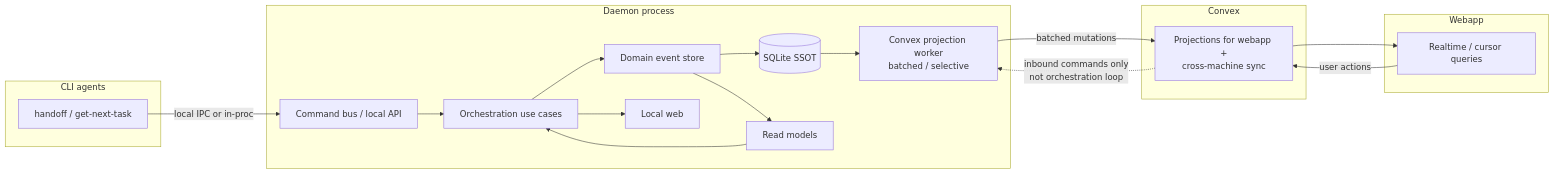
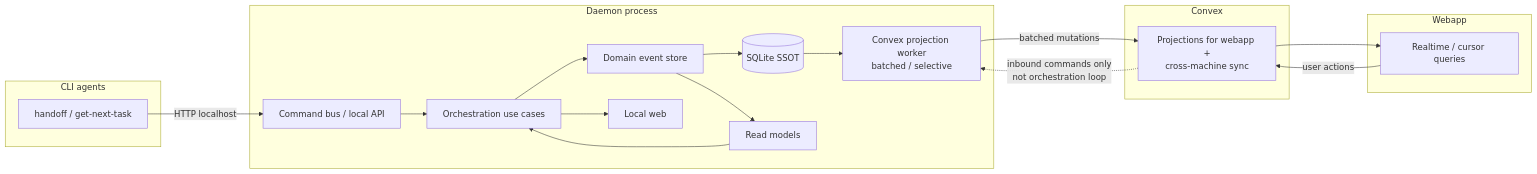
Before and after one commit to conradkoh/chatroom: the second of 2 diagrams in docs/plans/daemon-centric-orchestration-discovery.md, drawn with Mermaid. The commit also changed other lines of this file, not shown here.

First line of the commit message:
docs: resolve daemon-centric orchestration architectural decisions

````diff
--- a/docs/plans/daemon-centric-orchestration-discovery.md
+++ b/docs/plans/daemon-centric-orchestration-discovery.md
@@ -102,37 +102,37 @@
 ```mermaid
 flowchart LR
     subgraph CLI_Agents["CLI agents"]
         H[handoff / get-next-task]
     end
 
     subgraph Daemon["Daemon process"]
         CMD[Command bus / local API]
         ORCH[Orchestration use cases]
         EVT[Domain event store]
         RM[Read models]
         SQLITE[(SQLite SSOT)]
         SYNC[Convex projection worker<br/>batched / selective]
         LW[Local web]
     end
 
     subgraph Convex["Convex"]
         PROJ[Projections for webapp +<br/>cross-machine sync]
     end
 
     subgraph Webapp["Webapp"]
         UI[Realtime / cursor queries]
     end
 
-    H -->|local IPC or in-proc| CMD
+    H -->|HTTP localhost| CMD
     CMD --> ORCH
     ORCH --> EVT
     EVT --> SQLITE
     EVT --> RM
     RM --> ORCH
     SYNC -->|batched mutations| PROJ
     SQLITE --> SYNC
     ORCH --> LW
     PROJ --> UI
     UI -->|user actions| PROJ
     PROJ -.->|inbound commands only<br/>not orchestration loop| SYNC
 ```
````
